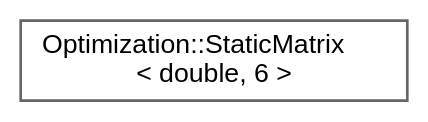
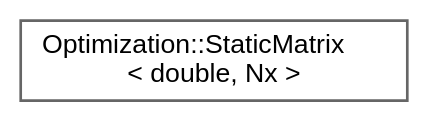
The diagram in inherit_graph_73.dot (jswoo0615/Algorithms_for_Optimization_cpp), drawn with Graphviz before and after one commit. The commit also changed 122 other files, not shown here.

```diff
--- a/inherit_graph_73.dot
+++ b/inherit_graph_73.dot
@@ -1,9 +1,9 @@
 digraph "Graphical Class Hierarchy"
 {
  // LATEX_PDF_SIZE
   bgcolor="transparent";
   edge [fontname=Helvetica,fontsize=10,labelfontname=Helvetica,labelfontsize=10];
   node [fontname=Helvetica,fontsize=10,shape=box,height=0.2,width=0.4];
   rankdir="LR";
-  Node0 [id="Node000000",label="Optimization::StaticMatrix\l\< double, 6 \>",height=0.2,width=0.4,color="grey40", fillcolor="white", style="filled",URL="$classOptimization_1_1StaticMatrix.html",tooltip=" "];
+  Node0 [id="Node000000",label="Optimization::StaticMatrix\l\< double, Nx \>",height=0.2,width=0.4,color="grey40", fillcolor="white", style="filled",URL="$classOptimization_1_1StaticMatrix.html",tooltip=" "];
 }
```
